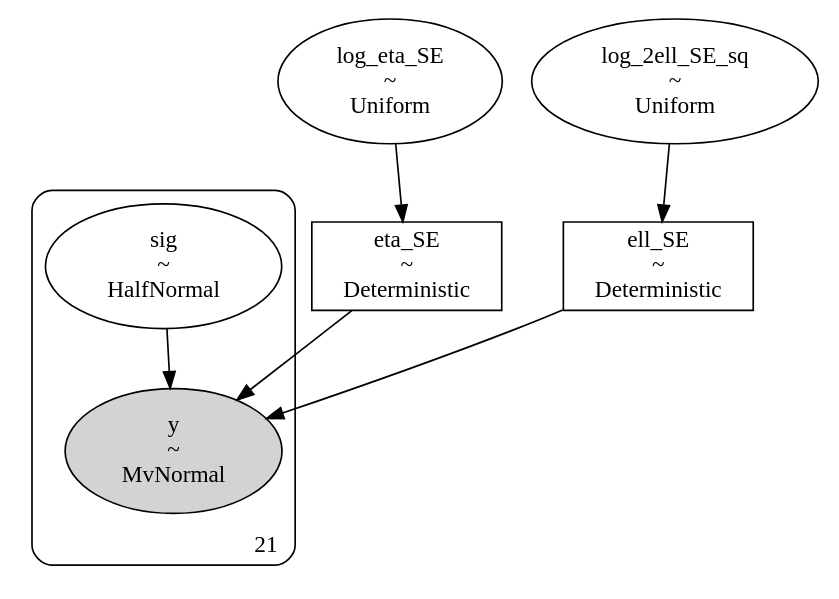
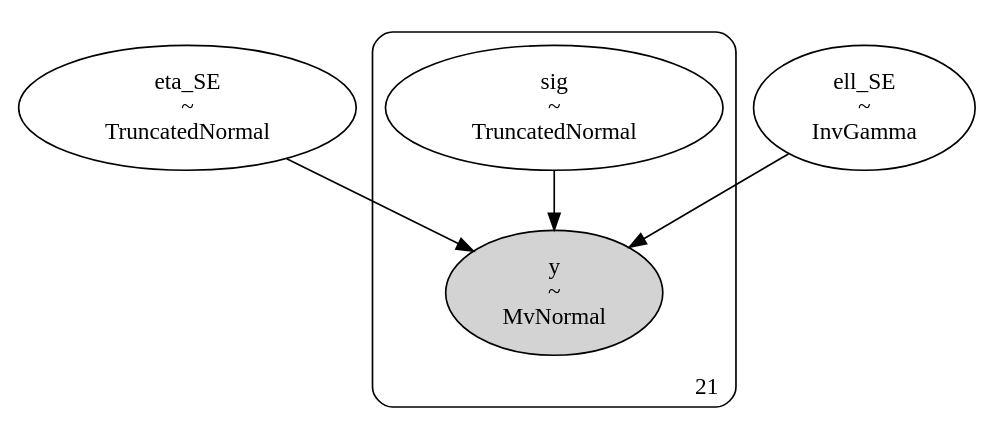
The diagram in dags/428_ra236.530_dec-46.922_4U1543TraPDB_andersson_se0_dag.dot (shihchingfu/gp-sandbox-thunderkat), drawn with Graphviz before and after one commit. The commit also changed 11 other files, not shown here.

```diff
--- a/dags/428_ra236.530_dec-46.922_4U1543TraPDB_andersson_se0_dag.dot
+++ b/dags/428_ra236.530_dec-46.922_4U1543TraPDB_andersson_se0_dag.dot
@@ -1,28 +1,20 @@
 digraph {
+	eta_SE [label="eta_SE
+~
+TruncatedNormal" shape=ellipse]
 	ell_SE [label="ell_SE
 ~
-Deterministic" shape=box]
-	log_eta_SE [label="log_eta_SE
-~
-Uniform" shape=ellipse]
-	log_2ell_SE_sq [label="log_2ell_SE_sq
-~
-Uniform" shape=ellipse]
-	eta_SE [label="eta_SE
-~
-Deterministic" shape=box]
+InvGamma" shape=ellipse]
 	subgraph cluster21 {
-		sig [label="sig
-~
-HalfNormal" shape=ellipse]
 		y [label="y
 ~
 MvNormal" shape=ellipse style=filled]
+		sig [label="sig
+~
+TruncatedNormal" shape=ellipse]
 		label=21 labeljust=r labelloc=b style=rounded
 	}
-	log_2ell_SE_sq -> ell_SE
-	log_eta_SE -> eta_SE
 	eta_SE -> y
 	ell_SE -> y
 	sig -> y
 }
```
